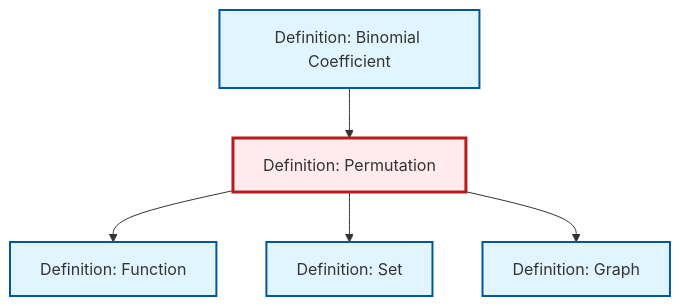
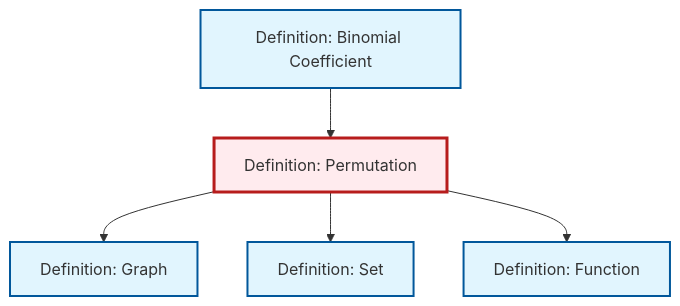
The diagram in content/en/combinatorics/def-permutation.qmd (RK0429/ModernMath), drawn with Mermaid before and after one commit. The commit also changed other lines of this file and 634 other files, not shown here.

````diff
--- a/content/en/combinatorics/def-permutation.qmd
+++ b/content/en/combinatorics/def-permutation.qmd
@@ -53,23 +53,23 @@
 ```{mermaid}
 %%| fig-cap: "Local dependency graph"
 graph TD
     classDef definition fill:#e1f5fe,stroke:#01579b,stroke-width:2px
     classDef theorem fill:#f3e5f5,stroke:#4a148c,stroke-width:2px
     classDef axiom fill:#fff3e0,stroke:#e65100,stroke-width:2px
     classDef example fill:#e8f5e9,stroke:#1b5e20,stroke-width:2px
     classDef current fill:#ffebee,stroke:#b71c1c,stroke-width:3px
-    def-set["Definition: Set"]:::definition
     def-permutation["Definition: Permutation"]:::definition
     def-binomial-coefficient["Definition: Binomial Coefficient"]:::definition
     def-function["Definition: Function"]:::definition
+    def-set["Definition: Set"]:::definition
     def-graph["Definition: Graph"]:::definition
+    def-binomial-coefficient --> def-permutation
+    def-permutation --> def-graph
+    def-permutation --> def-set
     def-permutation --> def-function
-    def-binomial-coefficient --> def-permutation
-    def-permutation --> def-set
-    def-permutation --> def-graph
     class def-permutation current
-    click def-set "def-set.html" "Go to Set definition"
     click def-binomial-coefficient "def-binomial-coefficient.html" "Go to Binomial Coefficient definition"
     click def-function "def-function.html" "Go to Function definition"
+    click def-set "def-set.html" "Go to Set definition"
     click def-graph "def-graph.html" "Go to Graph definition"
 ```
````
